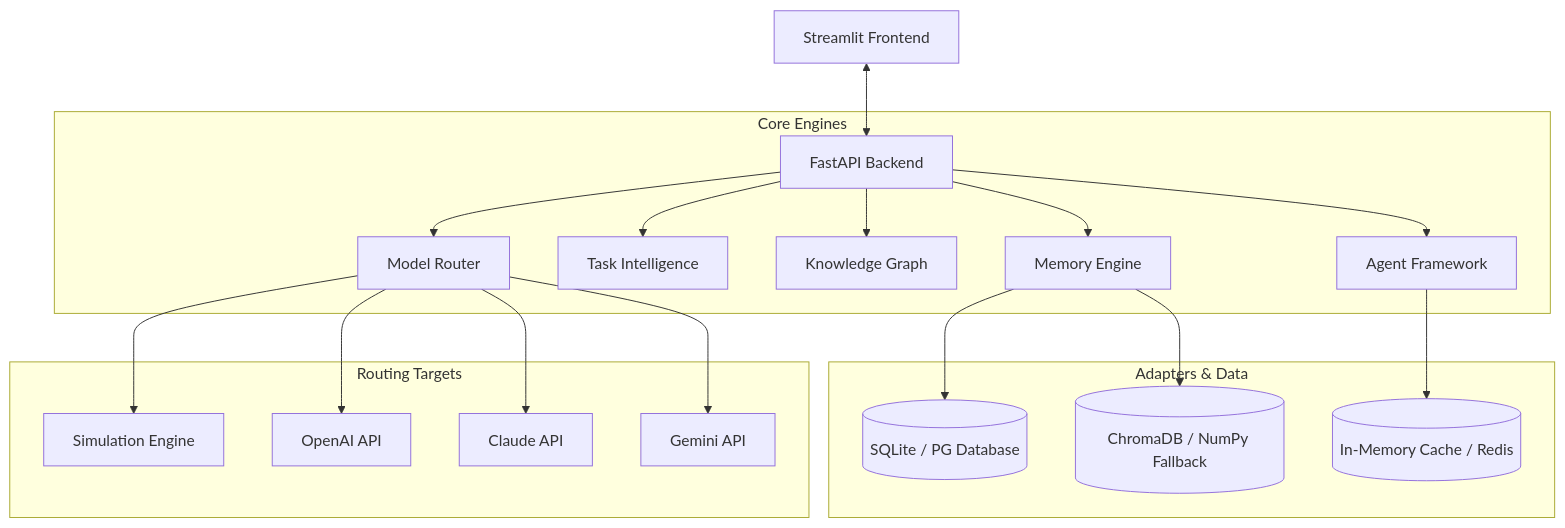
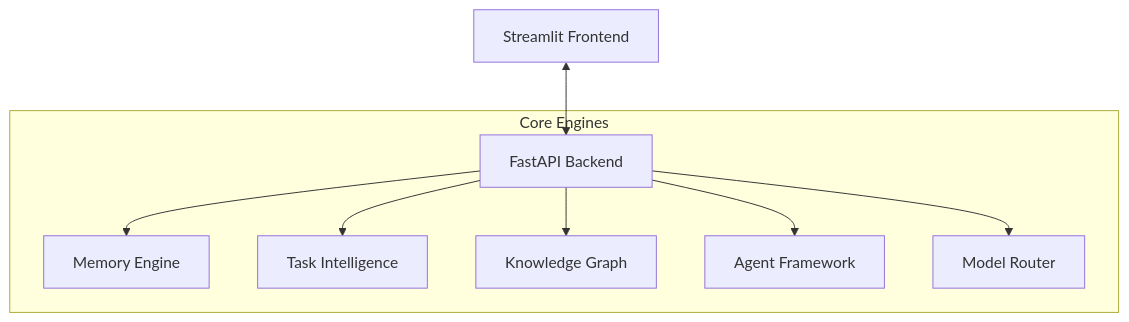
One commit to mulugumanishkumar2006-del/omnimind-ai-os changed the diagram in README.md. Above: the diagram before and after it, drawn with Mermaid. The commit also changed other lines of this file, not shown here.

````diff
--- a/README.md
+++ b/README.md
@@ -28,25 +48,11 @@
 ```mermaid
 graph TD
     User[Streamlit Frontend] <--> API[FastAPI Backend]
-    
     subgraph Core Engines
         API --> Memory[Memory Engine]
         API --> Task[Task Intelligence]
         API --> Graph[Knowledge Graph]
         API --> Agent[Agent Framework]
         API --> Router[Model Router]
     end
-
-    subgraph Adapters & Data
-        Memory --> SQLite[(SQLite / PG Database)]
-        Memory --> VecStore[(ChromaDB / NumPy Fallback)]
-        Agent --> Cache[(In-Memory Cache / Redis)]
-    end
-
-    subgraph Routing Targets
-        Router --> Sim[Simulation Engine]
-        Router --> GPT[OpenAI API]
-        Router --> Claude[Claude API]
-        Router --> Gemini[Gemini API]
-    end
 ```
````
